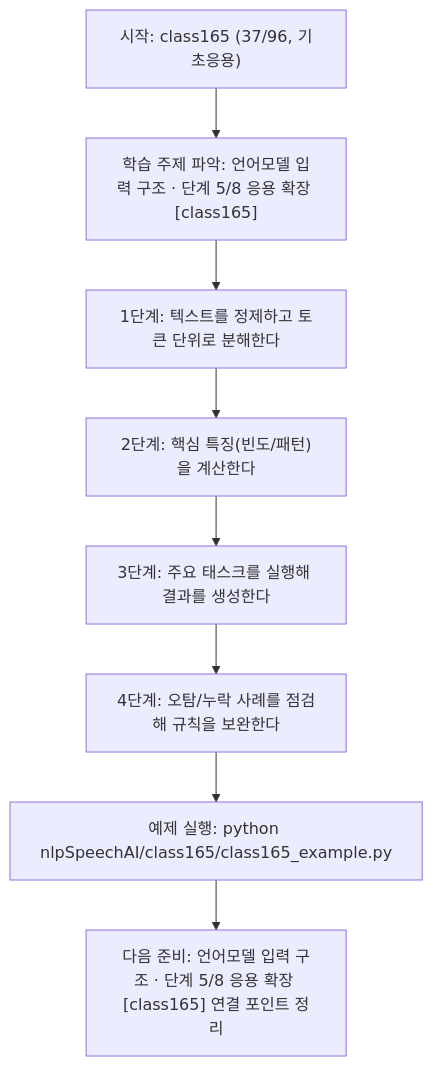
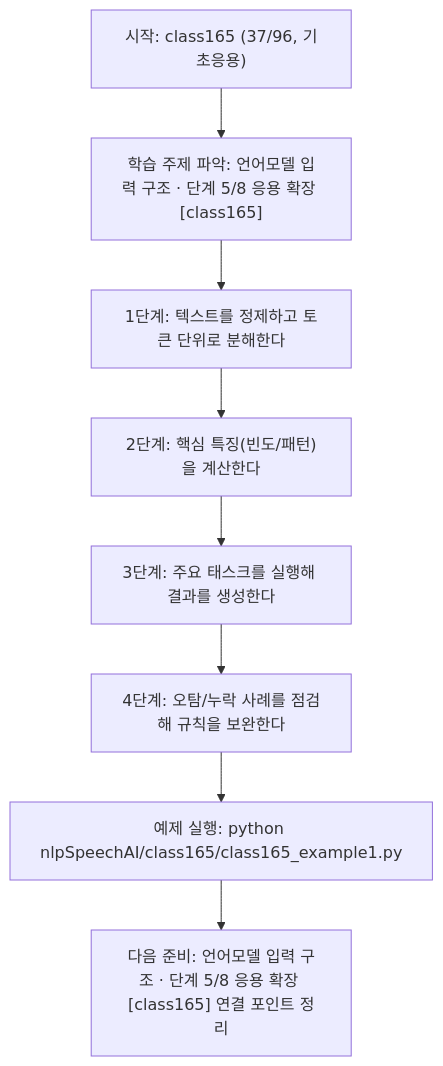
The diagram in nlpSpeechAI/class165/class165.md (edumgt/Python-AI_Agent-Class), drawn with Mermaid before and after one commit. The commit also changed other lines of this file and 2959 other files, not shown here.

````diff
--- a/nlpSpeechAI/class165/class165.md
+++ b/nlpSpeechAI/class165/class165.md
@@ -114,18 +114,18 @@
 ```mermaid
 flowchart TD
 N1["시작: class165 (37/96, 기초응용)"]
 N2["학습 주제 파악: 언어모델 입력 구조 · 단계 5/8 응용 확장 [class165]"]
 N3["1단계: 텍스트를 정제하고 토큰 단위로 분해한다"]
 N4["2단계: 핵심 특징(빈도/패턴)을 계산한다"]
 N5["3단계: 주요 태스크를 실행해 결과를 생성한다"]
 N6["4단계: 오탐/누락 사례를 점검해 규칙을 보완한다"]
-N7["예제 실행: python nlpSpeechAI/class165/class165_example.py"]
+N7["예제 실행: python nlpSpeechAI/class165/class165_example1.py"]
 N8["다음 준비: 언어모델 입력 구조 · 단계 5/8 응용 확장 [class165] 연결 포인트 정리"]
 N1 --> N2
 N2 --> N3
 N3 --> N4
 N4 --> N5
 N5 --> N6
 N6 --> N7
 N7 --> N8
 ```
````
